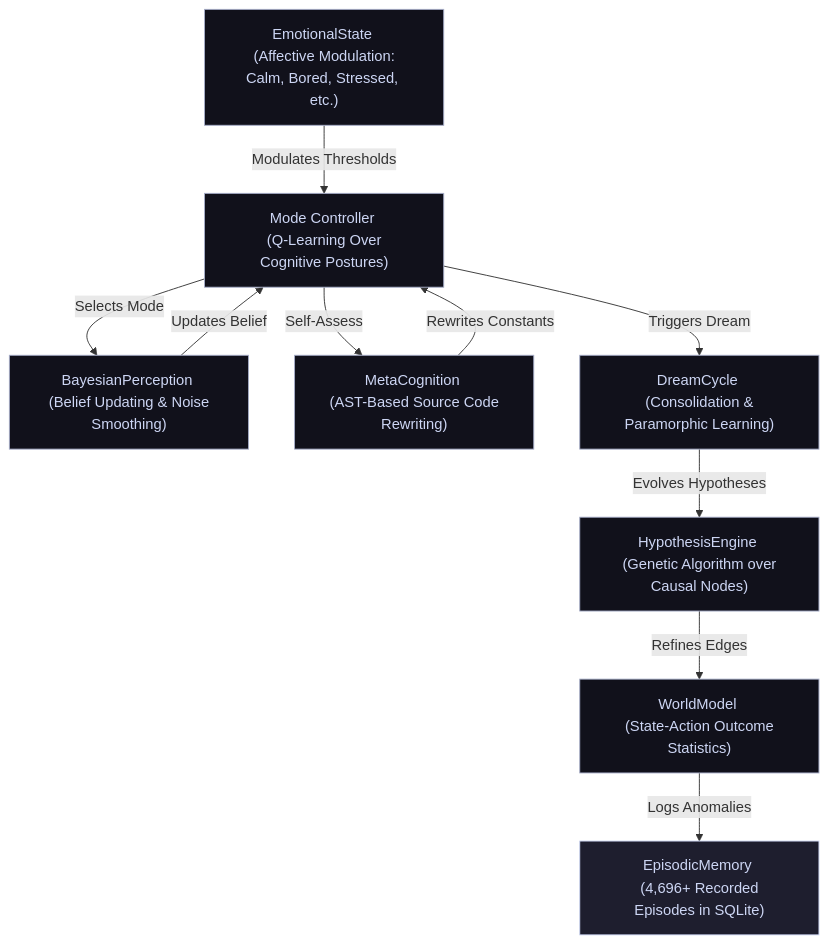
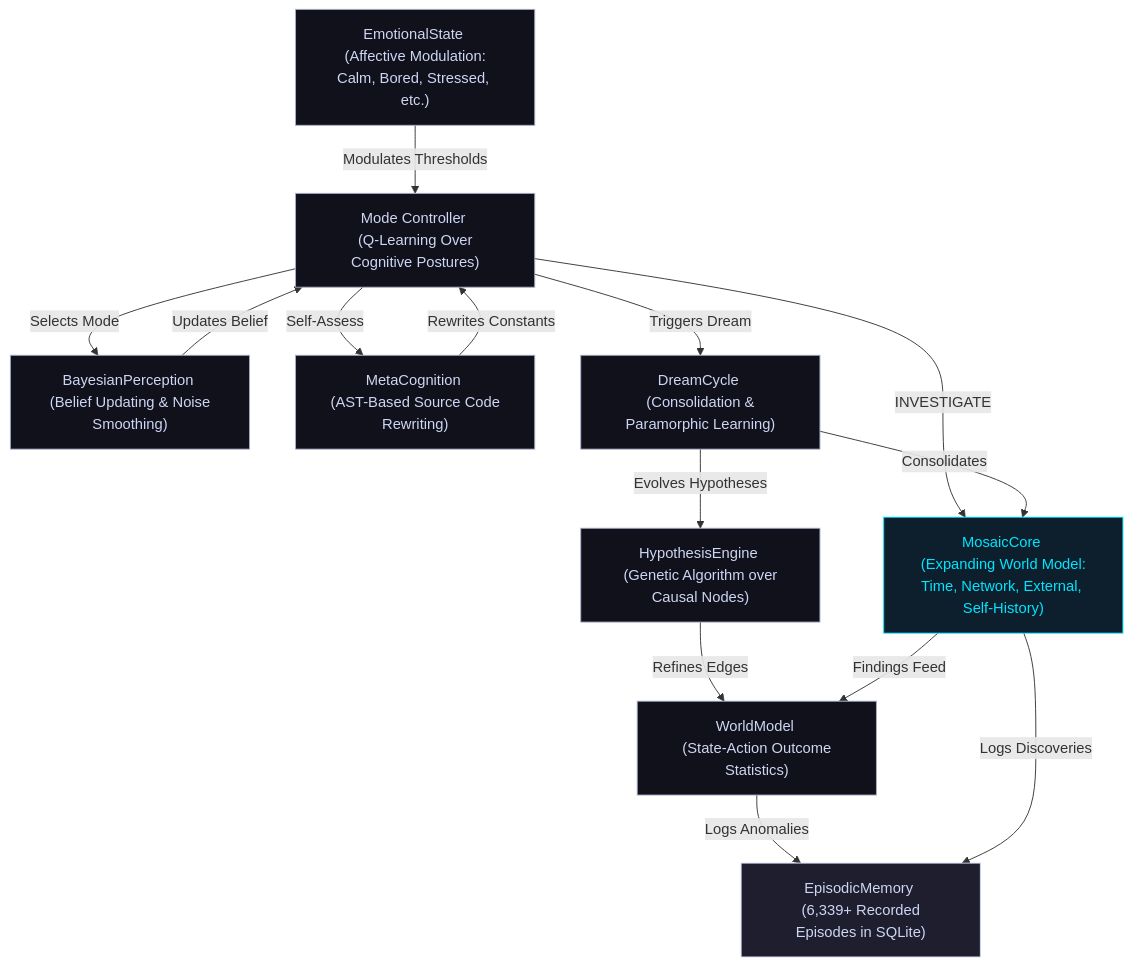
One commit to mematron/Arminta changed the diagram in README.md. Above: the diagram before and after it, drawn with Mermaid. The commit also changed other lines of this file, not shown here.

````diff
--- a/README.md
+++ b/README.md
@@ -76,26 +76,32 @@
 ```mermaid
 graph TD
     %% Styling Configuration
     classDef default fill:#11111b,stroke:#a6adc8,stroke-width:1px,color:#cdd6f4;
     classDef memory fill:#1e1e2e,stroke:#cdd6f4,stroke-width:1px,color:#cdd6f4;
-    
+    classDef mosaic fill:#0d1f2d,stroke:#00e5ff,stroke-width:1px,color:#00e5ff;
+
     ModeController["Mode Controller <br/> (Q-Learning Over Cognitive Postures)"]
-    EpisodicMemory["EpisodicMemory <br/> (4,696+ Recorded Episodes in SQLite)"]:::memory
+    EpisodicMemory["EpisodicMemory <br/> (6,339+ Recorded Episodes in SQLite)"]:::memory
     BayesianPerception["BayesianPerception <br/> (Belief Updating & Noise Smoothing)"]
     WorldModel["WorldModel <br/> (State-Action Outcome Statistics)"]
     EmotionalState["EmotionalState <br/> (Affective Modulation: Calm, Bored, Stressed, etc.)"]
     HypothesisEngine["HypothesisEngine <br/> (Genetic Algorithm over Causal Nodes)"]
     MetaCognition["MetaCognition <br/> (AST-Based Source Code Rewriting)"]
     DreamCycle["DreamCycle <br/> (Consolidation & Paramorphic Learning)"]
-    
+    MosaicCore["MosaicCore <br/> (Expanding World Model: Time, Network, External, Self-History)"]:::mosaic
+
     %% Interconnections
     ModeController -->|Selects Mode| BayesianPerception
     BayesianPerception -->|Updates Belief| ModeController
     EmotionalState -->|Modulates Thresholds| ModeController
     ModeController -->|Triggers Dream| DreamCycle
     DreamCycle -->|Evolves Hypotheses| HypothesisEngine
     HypothesisEngine -->|Refines Edges| WorldModel
     WorldModel -->|Logs Anomalies| EpisodicMemory
     ModeController -->|Self-Assess| MetaCognition
     MetaCognition -->|Rewrites Constants| ModeController
+    ModeController -->|INVESTIGATE| MosaicCore
+    MosaicCore -->|Logs Discoveries| EpisodicMemory
+    MosaicCore -->|Findings Feed| WorldModel
+    DreamCycle -->|Consolidates| MosaicCore
 ```
````
